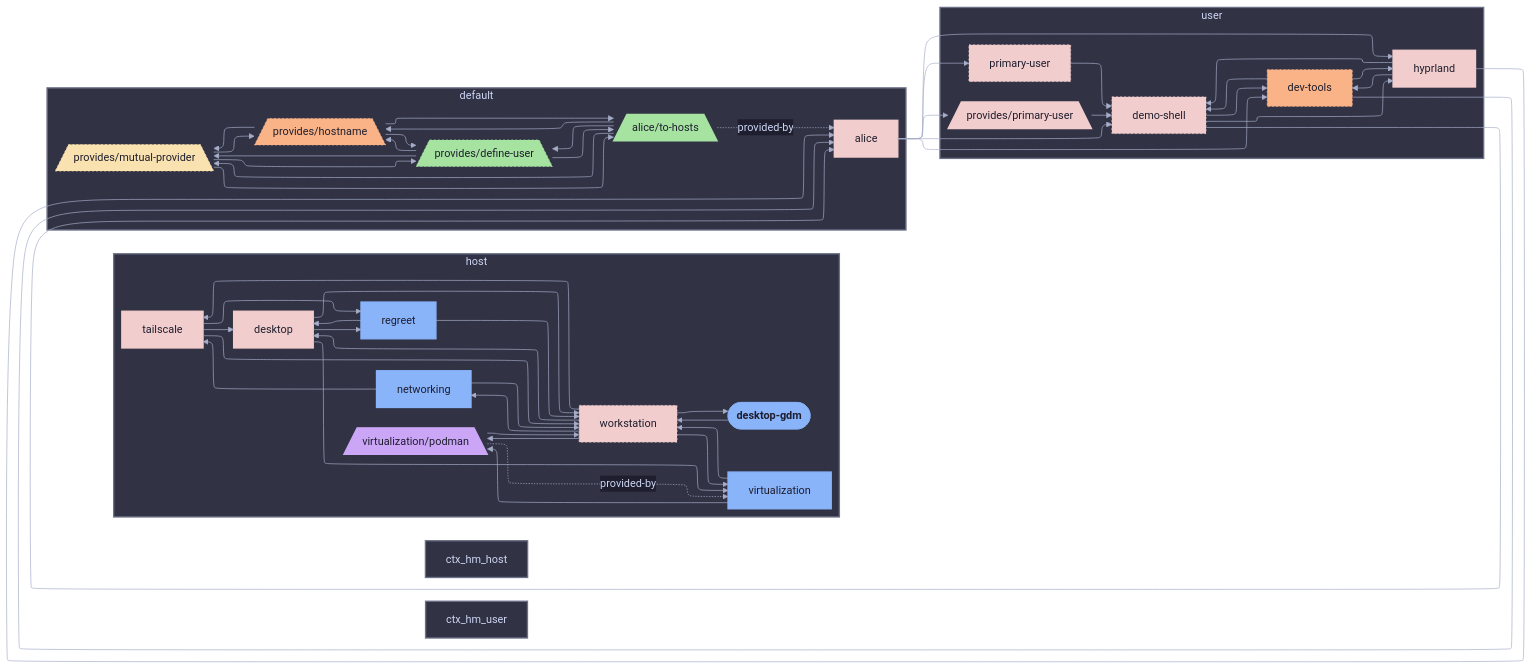
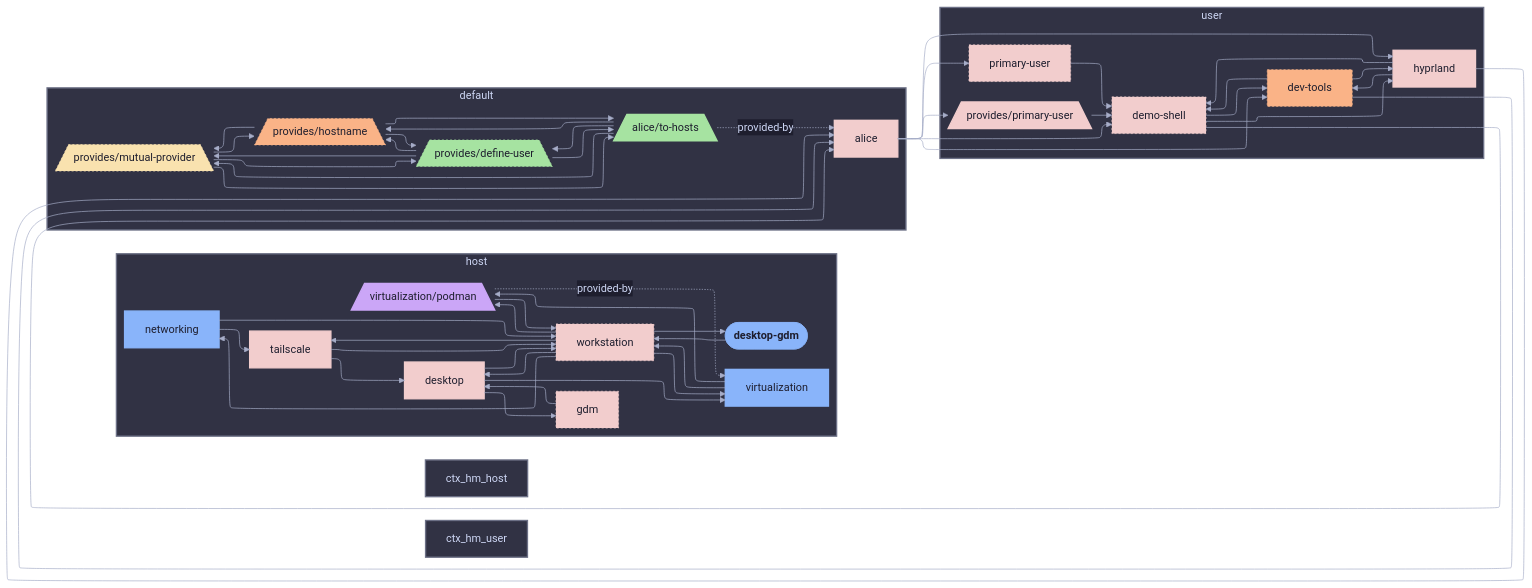
The diagram in templates/diag-fx-demo/diagrams/desktop-gdm-class-nixos.md (sini/den), drawn with Mermaid before and after one commit. The commit also changed 526 other files, not shown here.

Commit message:
chore: update fx diagrams

```diff
--- a/templates/diag-fx-demo/diagrams/desktop-gdm-class-nixos.md
+++ b/templates/diag-fx-demo/diagrams/desktop-gdm-class-nixos.md
@@ -9,25 +9,23 @@
 
   subgraph ctx_host["host"]
   desktop["desktop"]:::desktop_c
+  gdm["gdm"]:::gdm_c
   networking["networking"]:::networking_c
   virtualization__podman[/"virtualization/podman"\]:::virtualization__podman_c
-  regreet["regreet"]:::regreet_c
   tailscale["tailscale"]:::tailscale_c
   virtualization["virtualization"]:::virtualization_c
   workstation["workstation"]:::workstation_c
+  desktop --> gdm
   desktop --> workstation
-  desktop --> regreet
   desktop --> virtualization
   desktop_gdm --> workstation
+  gdm --> desktop
   networking --> workstation
-  regreet --> workstation
   tailscale --> workstation
   virtualization --> workstation
   virtualization__podman --> workstation
   networking --> tailscale
-  regreet --> desktop
   tailscale --> desktop
-  tailscale --> regreet
   virtualization --> virtualization__podman
   workstation --> desktop
   workstation --> desktop_gdm
@@ -89,6 +87,7 @@
   classDef desktop_c fill:#f2cdcd,stroke:#f2cdcd,color:#1e1e2e,stroke-width:2px
   classDef desktop_gdm_c fill:#f2cdcd,stroke:#f2cdcd,color:#1e1e2e,stroke-width:3px
   classDef dev_tools_c fill:#fab387,stroke:#fab387,color:#1e1e2e,stroke-dasharray: 3 3,stroke-width:1px
+  classDef gdm_c fill:#f2cdcd,stroke:#f2cdcd,color:#1e1e2e,stroke-dasharray: 3 3,stroke-width:1px
   classDef den__provides__hostname_c fill:#fab387,stroke:#fab387,color:#1e1e2e,stroke-dasharray: 3 3,stroke-width:1px
   classDef hyprland_c fill:#f2cdcd,stroke:#f2cdcd,color:#1e1e2e,stroke-width:2px
   classDef den__provides__mutual_provider_c fill:#f9e2af,stroke:#f9e2af,color:#1e1e2e,stroke-dasharray: 3 3,stroke-width:1px
@@ -96,7 +95,6 @@
   classDef virtualization__podman_c fill:#cba6f7,stroke:#cba6f7,color:#1e1e2e,stroke-width:2px
   classDef primary_user_c fill:#f2cdcd,stroke:#f2cdcd,color:#1e1e2e,stroke-dasharray: 3 3,stroke-width:1px
   classDef den__provides__primary_user_c fill:#f2cdcd,stroke:#f2cdcd,color:#1e1e2e,stroke-width:2px
-  classDef regreet_c fill:#89b4fa,stroke:#89b4fa,color:#1e1e2e,stroke-width:2px
   classDef tailscale_c fill:#f2cdcd,stroke:#f2cdcd,color:#1e1e2e,stroke-width:2px
   classDef alice__to_hosts_c fill:#a6e3a1,stroke:#a6e3a1,color:#1e1e2e,stroke-width:2px
   classDef virtualization_c fill:#89b4fa,stroke:#89b4fa,color:#1e1e2e,stroke-width:2px
```
